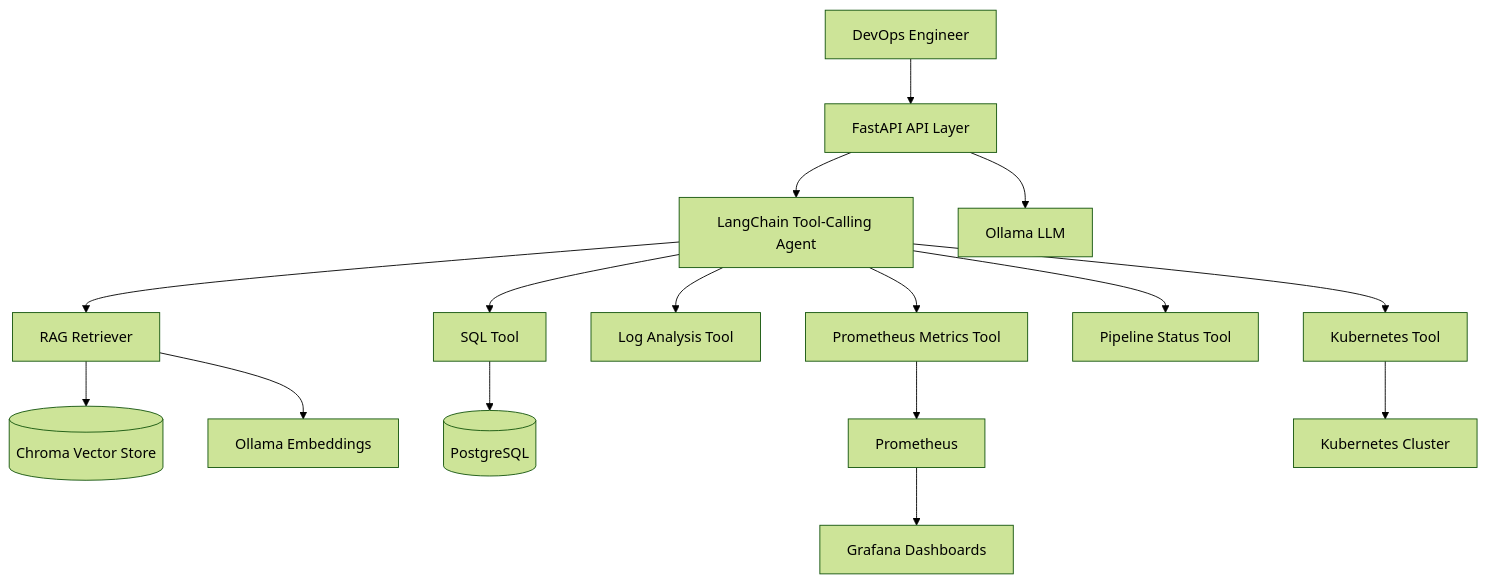
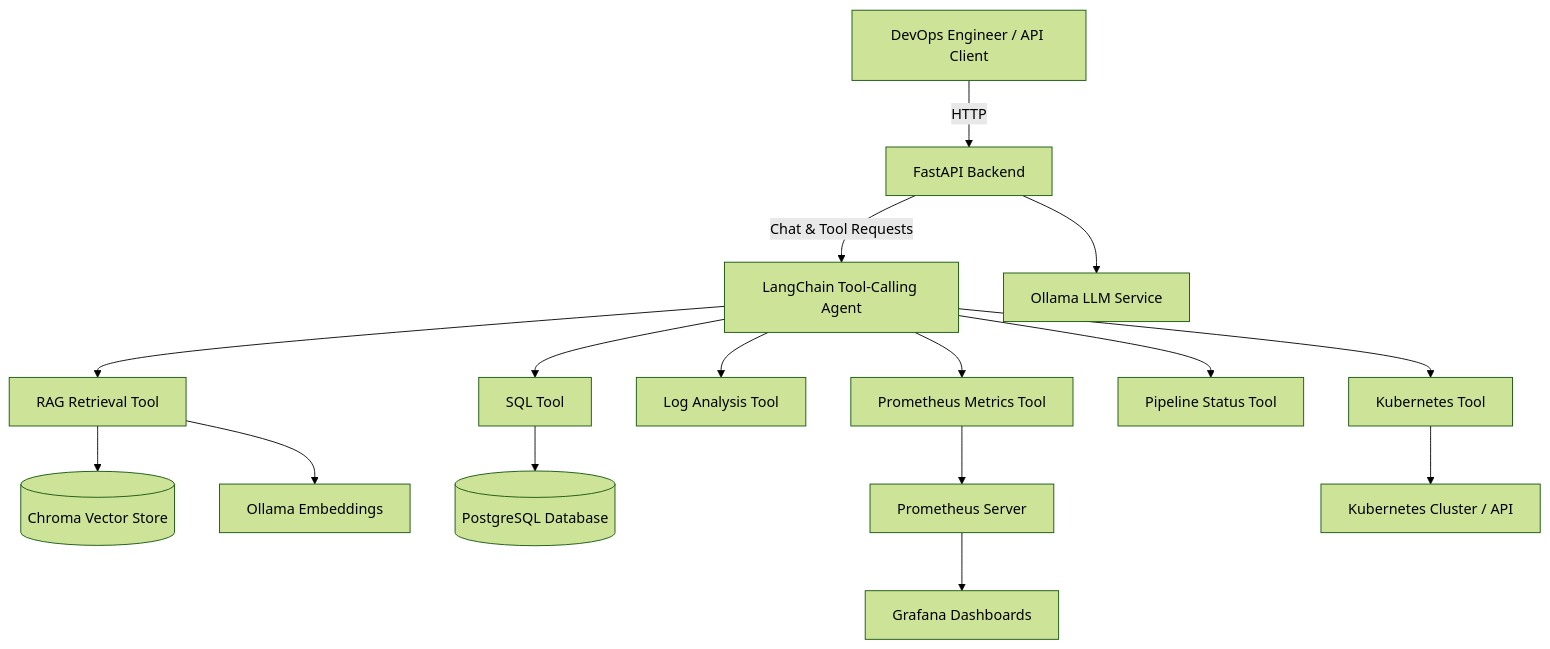
Before and after one commit to shaharco99/AI_DevOps: the diagram in README.md, drawn with Mermaid (forest theme). The commit also changed other lines of this file, not shown here.

Commit message:
refactor: Update README to enhance architecture description and clarify component roles

````diff
--- a/README.md
+++ b/README.md
@@ -19,20 +19,20 @@
 ```mermaid
 flowchart TD
-    U[DevOps Engineer] --> API[FastAPI API Layer]
-    API --> AGENT[LangChain Tool-Calling Agent]
+    U[DevOps Engineer / API Client] --> |HTTP| API[FastAPI Backend]
+    API --> |Chat & Tool Requests| AGENT[LangChain Tool-Calling Agent]
     AGENT --> SQL[SQL Tool]
     AGENT --> K8S[Kubernetes Tool]
     AGENT --> LOGS[Log Analysis Tool]
     AGENT --> METRICS[Prometheus Metrics Tool]
     AGENT --> PIPE[Pipeline Status Tool]
-    AGENT --> RAG[RAG Retriever]
+    AGENT --> RAG[RAG Retrieval Tool]
 
     RAG --> CHROMA[(Chroma Vector Store)]
     RAG --> EMB[Ollama Embeddings]
 
-    SQL --> POSTGRES[(PostgreSQL)]
-    METRICS --> PROM[Prometheus]
-    K8S --> CLUSTER[Kubernetes Cluster]
-    API --> OLLAMA[Ollama LLM]
+    SQL --> POSTGRES[(PostgreSQL Database)]
+    METRICS --> PROM[Prometheus Server]
+    K8S --> CLUSTER[Kubernetes Cluster / API]
+    API --> OLLAMA[Ollama LLM Service]
     PROM --> GRAFANA[Grafana Dashboards]
 ```
````
